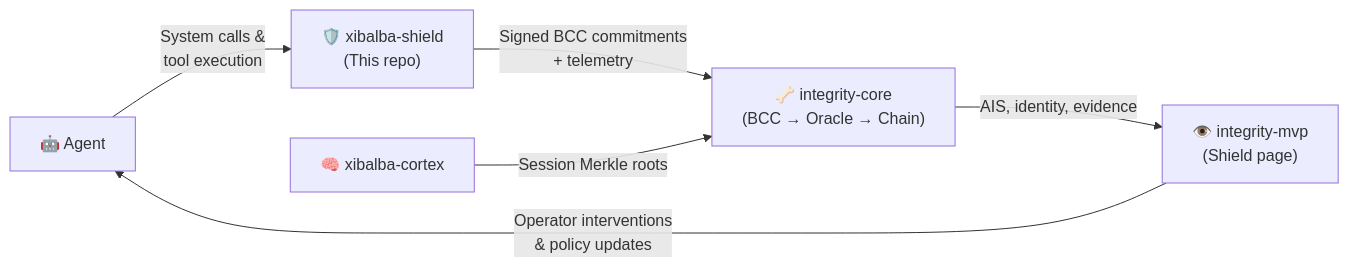
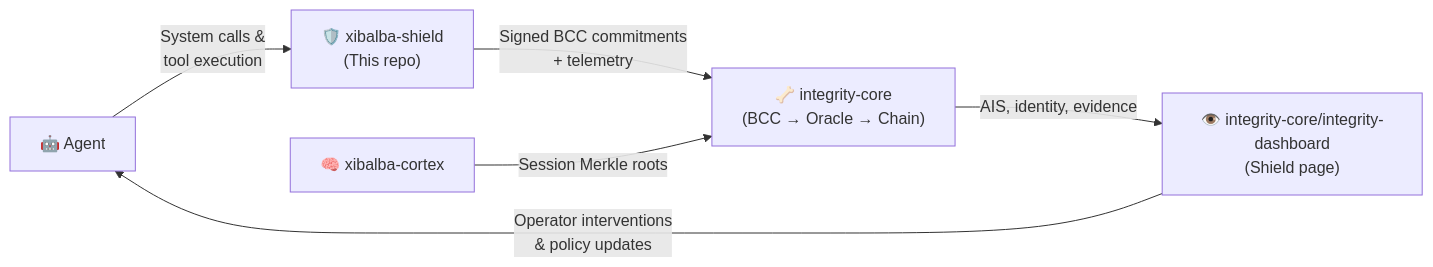
Before and after one commit to XibalbaTechSol/xibalba-shield: the diagram in README.md, drawn with Mermaid. The commit also changed other lines of this file and 5 other files, not shown here.

First line of the commit message:
Correct ecosystem model: 3 repos, not 4 (integrity-dashboard lives in integrity-core)

````diff
--- a/README.md
+++ b/README.md
@@ -39,8 +41,8 @@
 ```mermaid
 flowchart LR
     Agent["🤖 Agent"] -->|"System calls &<br/>tool execution"| Immune["🛡️ xibalba-shield<br/>(This repo)"]
     Immune -->|"Signed BCC commitments<br/>+ telemetry"| Backbone["🦴 integrity-core<br/>(BCC → Oracle → Chain)"]
     Brain["🧠 xibalba-cortex"] -->|"Session Merkle roots"| Backbone
-    Backbone -->|"AIS, identity, evidence"| Eyes["👁️ integrity-mvp<br/>(Shield page)"]
+    Backbone -->|"AIS, identity, evidence"| Eyes["👁️ integrity-core/integrity-dashboard<br/>(Shield page)"]
     Eyes -->|"Operator interventions<br/>& policy updates"| Agent
 ```
````
